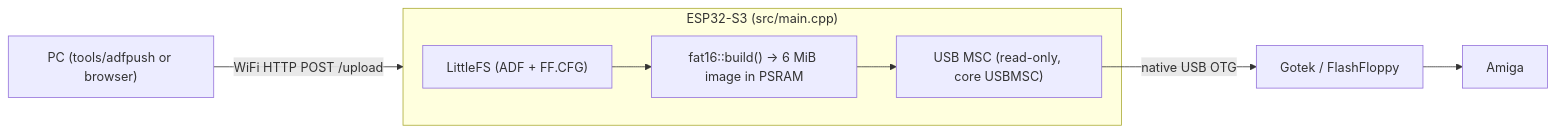
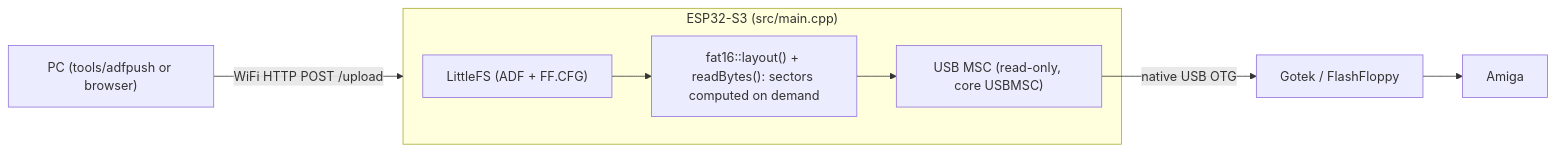
One commit to scudderfish/cursed-stick changed the diagram in AGENTS.md. Above: the diagram before and after it, drawn with Mermaid. The commit also changed other lines of this file and 5 other files, not shown here.

Commit message:
Dynamically build the FAT16 structures on the fly

````diff
--- a/AGENTS.md
+++ b/AGENTS.md
@@ -11,9 +11,9 @@
 ```mermaid
 flowchart LR
   PC["PC (tools/adfpush or browser)"] -->|"WiFi HTTP POST /upload"| ESP
   subgraph ESP["ESP32-S3 (src/main.cpp)"]
-    LS["LittleFS (ADF + FF.CFG)"] --> BUILD["fat16::build() -> 6 MiB image in PSRAM"]
+    LS["LittleFS (ADF + FF.CFG)"] --> BUILD["fat16::layout() + readBytes(): sectors computed on demand"]
     BUILD --> MSC["USB MSC (read-only, core USBMSC)"]
   end
   MSC -->|"native USB OTG"| GOTEK["Gotek / FlashFloppy"] --> AMIGA["Amiga"]
 ```
````
